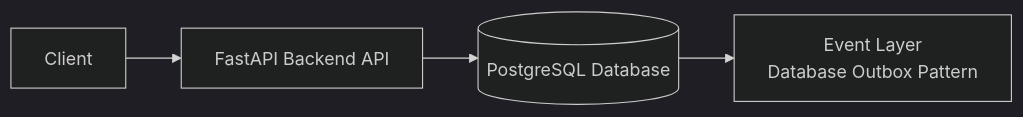
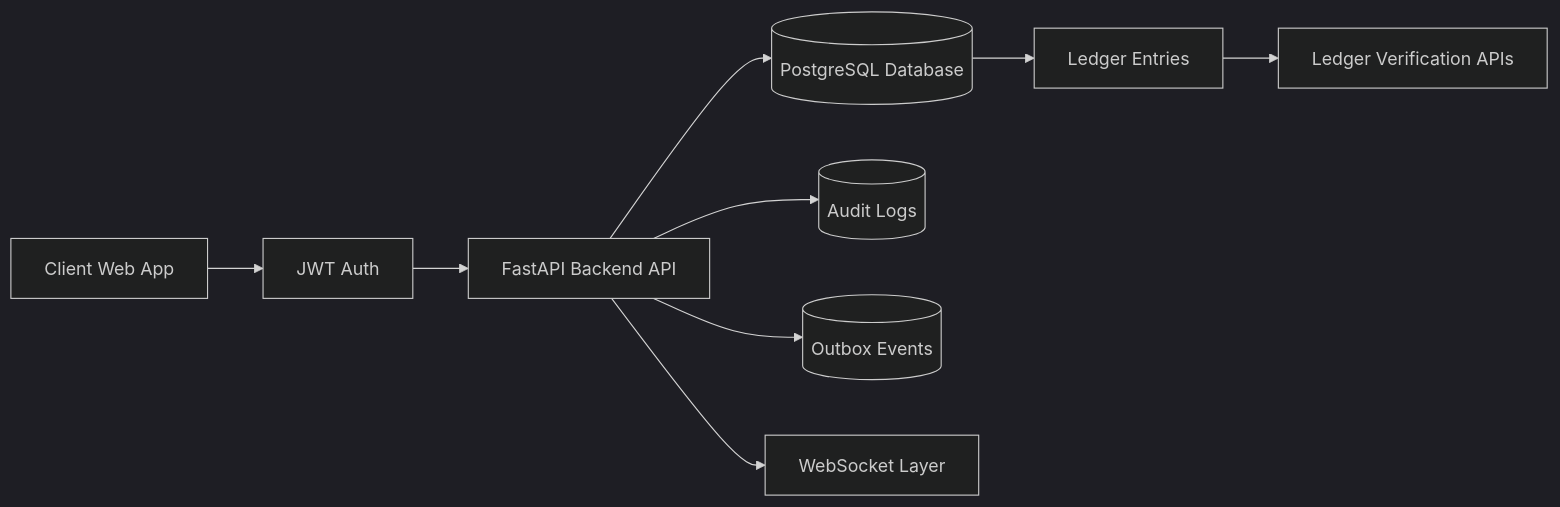
One commit to daniardann1599-collab/Fintech-Project-v1.1 changed the diagram in README.md. Above: the diagram before and after it, drawn with Mermaid (dark theme). The commit also changed other lines of this file and 23 other files, not shown here.

````diff
--- a/README.md
+++ b/README.md
@@ -5,6 +5,11 @@
 ```mermaid
 flowchart LR
-  C[Client] --> API[FastAPI Backend API]
+  C[Client Web App] --> AUTH[JWT Auth]
+  AUTH --> API[FastAPI Backend API]
   API --> DB[(PostgreSQL Database)]
-  DB --> OUTBOX[Event Layer\nDatabase Outbox Pattern]
+  API --> AUDIT[(Audit Logs)]
+  API --> OUTBOX[(Outbox Events)]
+  API --> WS[WebSocket Layer]
+  DB --> LEDGER[Ledger Entries]
+  LEDGER --> VERIFY[Ledger Verification APIs]
 ```
````
